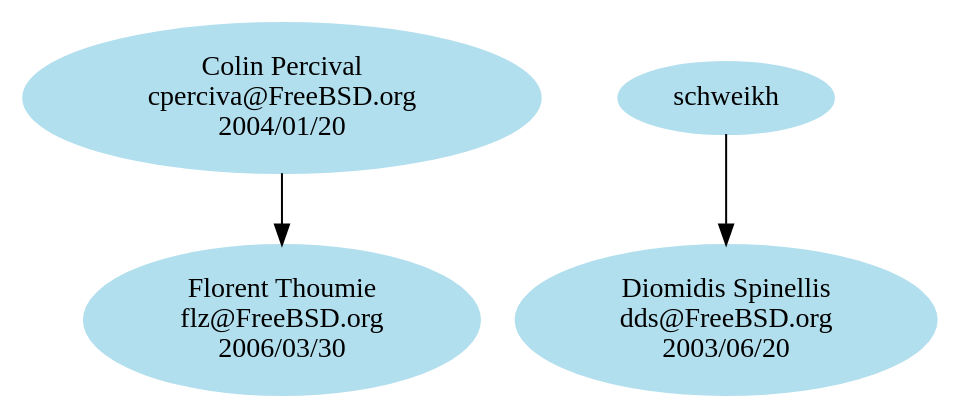
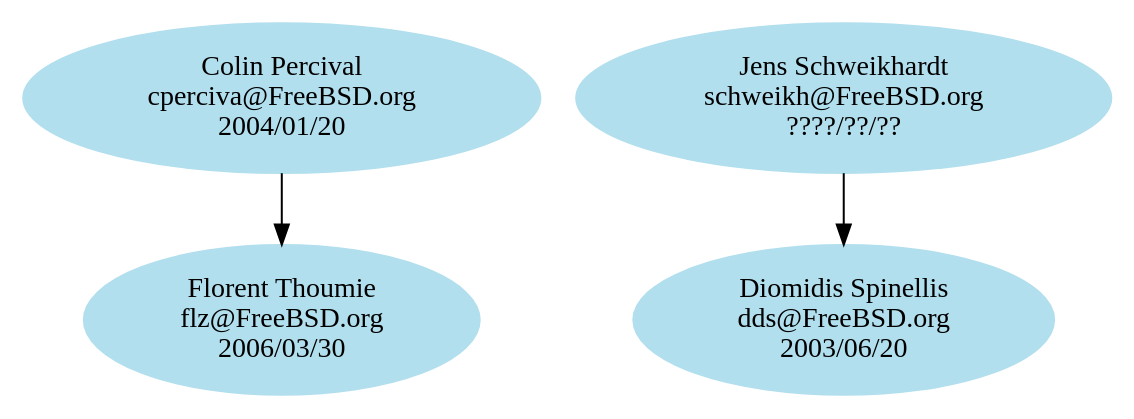
The diagram in share/misc/committers-src.dot (kelvinyu/unix-history-repo), drawn with Graphviz before and after one commit.

Commit message:
Add an entry for schweikh. I couldn't find the commit bit date though.

```diff
--- a/share/misc/committers-src.dot
+++ b/share/misc/committers-src.dot
@@ -1,39 +1,40 @@
 # $FreeBSD$
 
 digraph src {
 
 # Node definitions follow this example:
 #
 #   foo [label="Foo Bar\nfoo@FreeBSD.org\n????/??/??"]
 #
 # ????/??/?? is the date when the commit bit was obtained, usually the one you
 # can find looking at CVS logs for the access (or avail) file under CVSROOT.
 #
 # For returned commit bits, the node definition will follow this example:
 #
 #   foo [label="Foo Bar\nfoo@FreeBSD.org\n????/??/??\n????/??/??"]
 #
 # The first date is the same as for an active committer, the second date is
 # the date when the commit bit has been returned. Again, check CVS logs.
 
 node [color=grey62, style=filled, bgcolor=black];
 
 # Alumni go here.. Try to keep things sorted.
 
 node [color=lightblue2, style=filled, bgcolor=black];
 
 # Current src committers go here. Try to keep things sorted.
 
 cperciva [label="Colin Percival\ncperciva@FreeBSD.org\n2004/01/20"]
 dds [label="Diomidis Spinellis\ndds@FreeBSD.org\n2003/06/20"]
 flz [label="Florent Thoumie\nflz@FreeBSD.org\n2006/03/30"]
+schweikh [label="Jens Schweikhardt\nschweikh@FreeBSD.org\n????/??/??"]
 
 # Here are the mentor/mentee relationships.
 # Group together all the mentees for a particular mentor.
 # Keep the list sorted by mentor login.
 
 cperciva -> flz
 
 schweikh -> dds
 
 }
```
